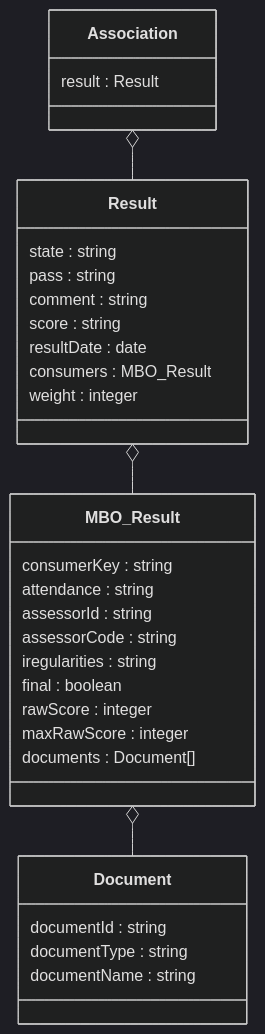
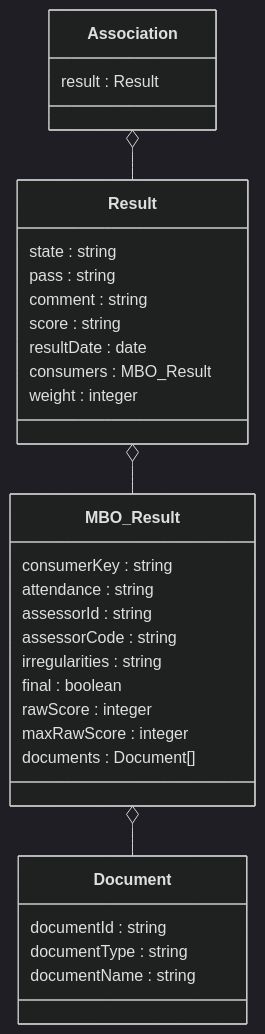
One commit to NetwerkExamineringDigitalisering/NED-OOAPI changed the second of 6 diagrams in doc/flow3.md. Above: the diagram before and after it, drawn with Mermaid (dark theme).

````diff
--- a/doc/flow3.md
+++ b/doc/flow3.md
@@ -22,34 +22,34 @@
 ```mermaid
 classDiagram
     class Association {
 	result : Result
     }
     class Result {
     	state : string
 	pass : string
 	comment : string
 	score : string
 	resultDate : date
 	consumers : MBO_Result
 	weight : integer
     }
     class MBO_Result {
 	consumerKey : string
 	attendance : string
 	assessorId : string
 	assessorCode : string 
-	iregularities : string
+	irregularities : string
 	final : boolean 
 	rawScore : integer 
 	maxRawScore : integer 
 	documents : Document[]
     }
     class Document {
 	documentId : string
 	documentType : string
 	documentName : string
     }
     Association o-- Result
     Result o-- MBO_Result
     MBO_Result o-- Document
 ```
````
